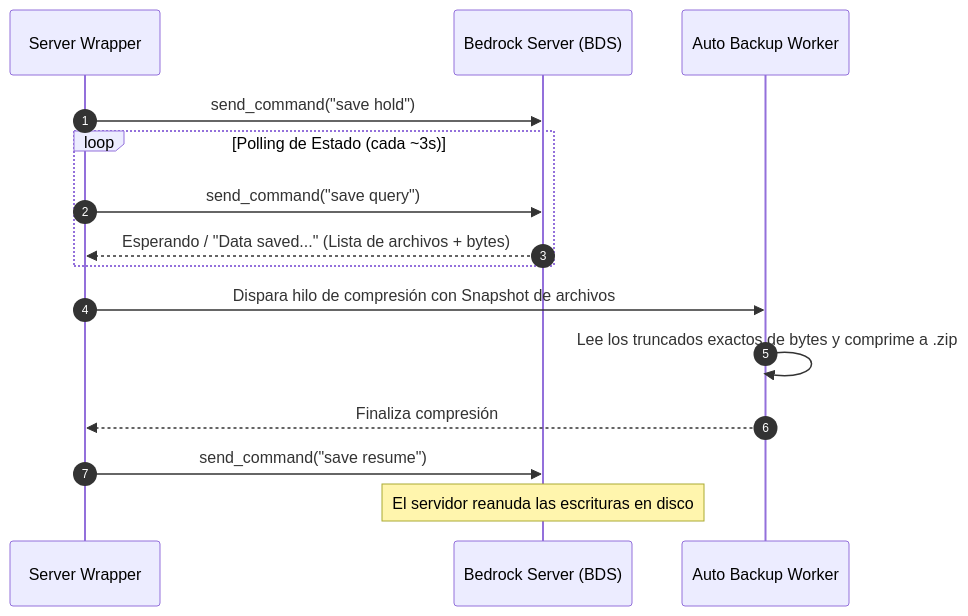
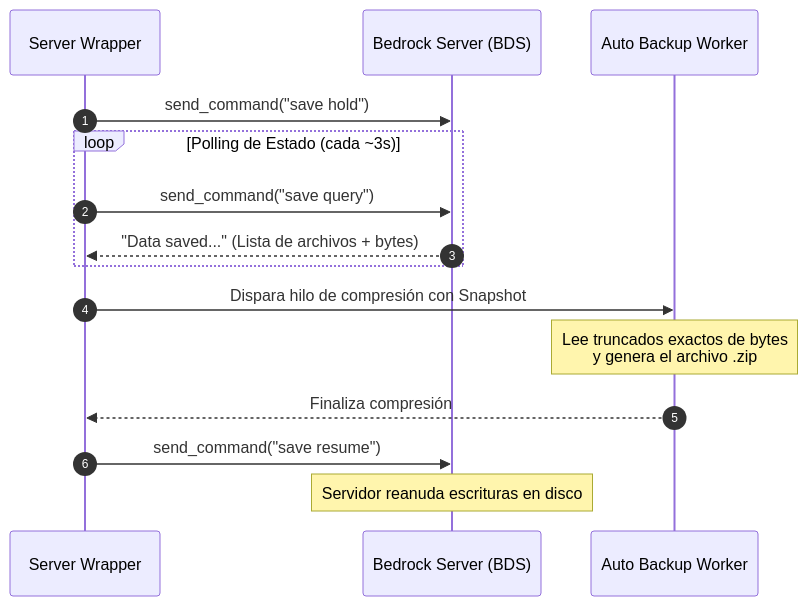
Before and after one commit to guapo3266/minecraft-bedrock-server-suite: the diagram in README.md, drawn with Mermaid.

Commit message:
Improve Mermaid diagram formatting for GitHub rendering

````diff
--- a/README.md
+++ b/README.md
@@ -114,18 +114,18 @@
 ```mermaid
 sequenceDiagram
     autonumber
     participant W as Server Wrapper
     participant BDS as Bedrock Server (BDS)
     participant B as Auto Backup Worker
 
     W->>BDS: send_command("save hold")
     loop Polling de Estado (cada ~3s)
         W->>BDS: send_command("save query")
-        BDS-->>W: Esperando / "Data saved..." (Lista de archivos + bytes)
+        BDS-->>W: "Data saved..." (Lista de archivos + bytes)
     end
-    W->>B: Dispara hilo de compresión con Snapshot de archivos
-    B->>B: Lee los truncados exactos de bytes y comprime a .zip
+    W->>B: Dispara hilo de compresión con Snapshot
+    Note over B: Lee truncados exactos de bytes<br/>y genera el archivo .zip
     B-->>W: Finaliza compresión
     W->>BDS: send_command("save resume")
-    Note over BDS: El servidor reanuda las escrituras en disco
+    Note over BDS: Servidor reanuda escrituras en disco
 ```
````
